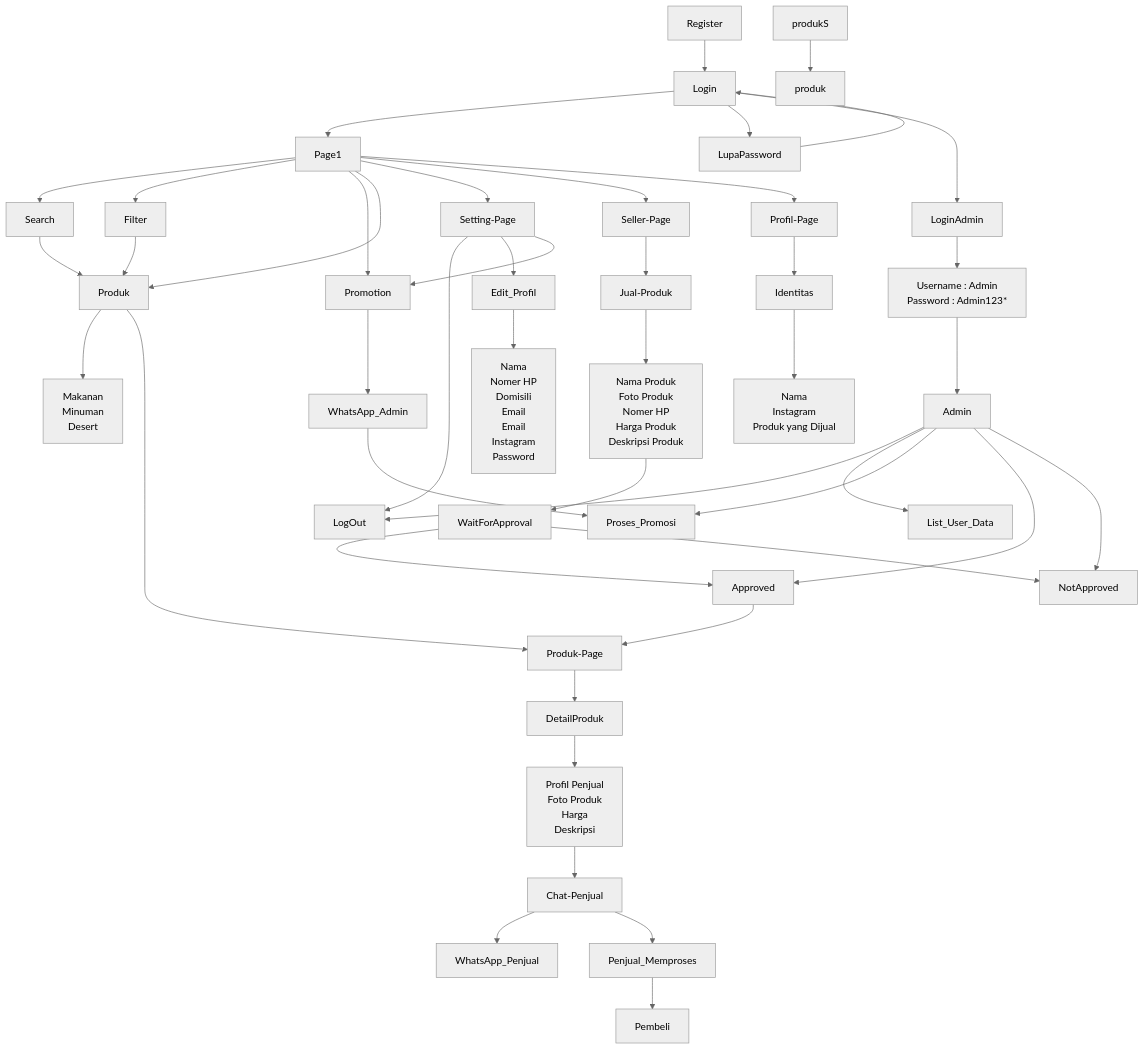
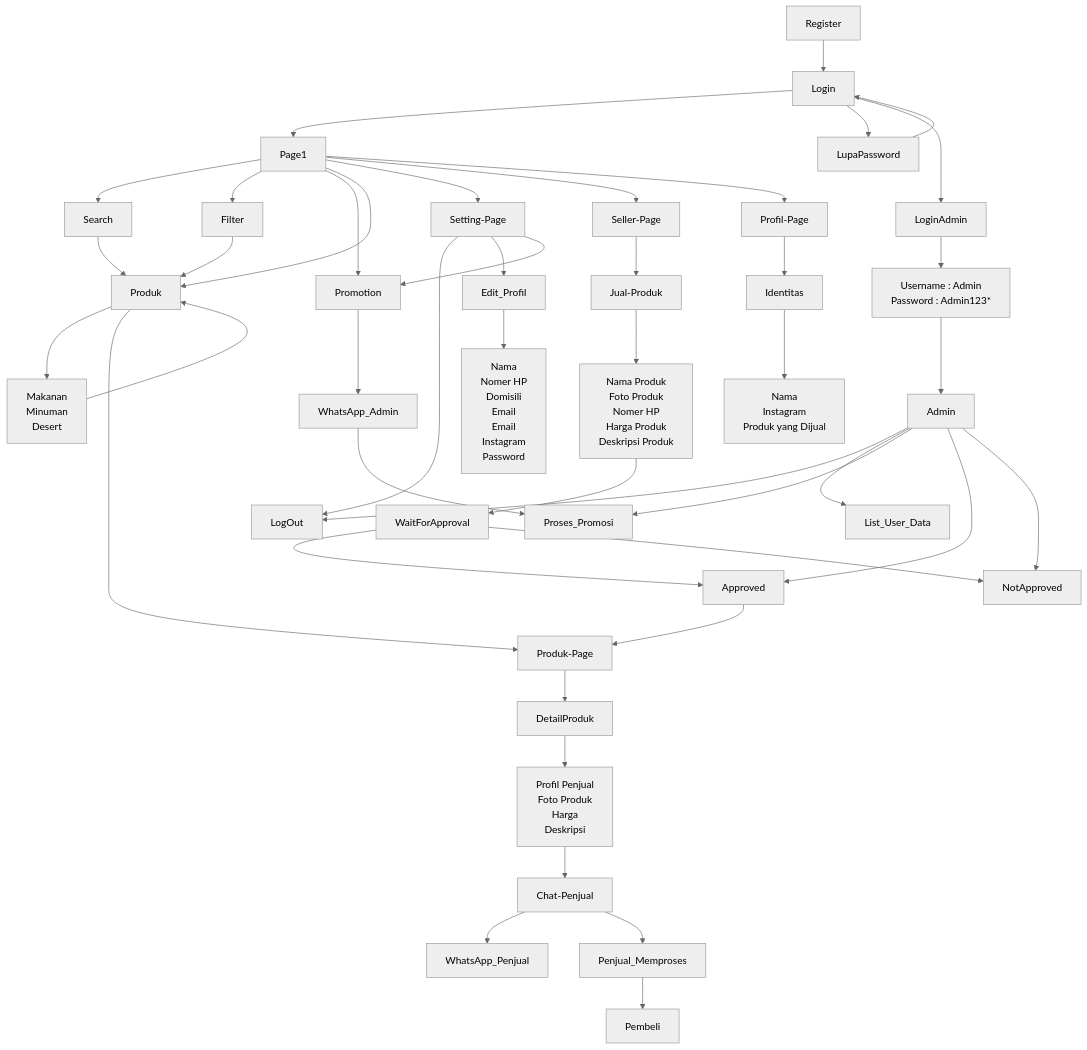
The second of 2 diagrams in README.md (dzikriii24/CanteenGo), drawn with Mermaid (neutral theme) before and after one commit.

```diff
--- a/README.md
+++ b/README.md
@@ -222,8 +222,8 @@
     Search --> Produk
     Filter --> Produk
     Produk --> ProdukS
-    produkS --> produk
     Produk --> Produk-Page
+    ProdukS --> Produk
 
     Promotion --> WhatsApp_Admin
     WhatsApp_Admin --> Proses_Promosi
```
